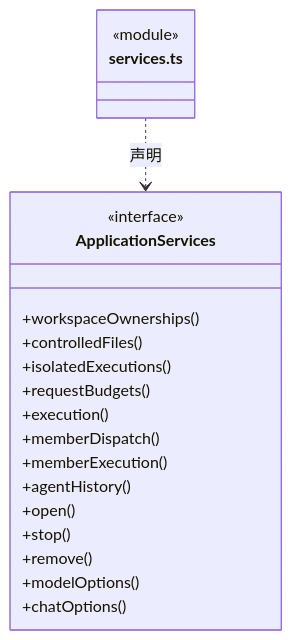
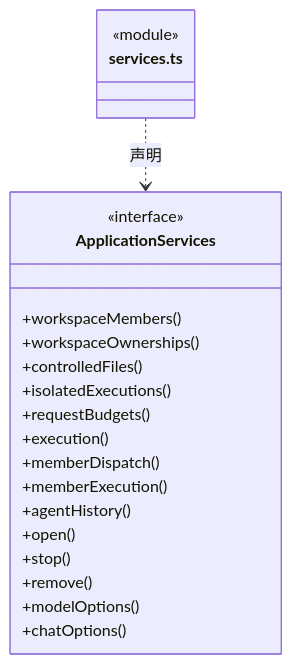
Before and after one commit to nan023062/cbim: the third of 4 diagrams in src/backend/main/ipc/ARCHITECTURE.md, drawn with Mermaid. The commit also changed other lines of this file and 118 other files, not shown here.

````diff
--- a/src/backend/main/ipc/ARCHITECTURE.md
+++ b/src/backend/main/ipc/ARCHITECTURE.md
@@ -63,23 +63,24 @@
 ```mermaid
 classDiagram
 class N_src_backend_main_ipc_services_ts["services.ts"] {
   <<module>>
 }
 class N_src_backend_main_ipc_services_ts_ApplicationServices["ApplicationServices"] {
   <<interface>>
+  +workspaceMembers()
   +workspaceOwnerships()
   +controlledFiles()
   +isolatedExecutions()
   +requestBudgets()
   +execution()
   +memberDispatch()
   +memberExecution()
   +agentHistory()
   +open()
   +stop()
   +remove()
   +modelOptions()
   +chatOptions()
 }
 N_src_backend_main_ipc_services_ts ..> N_src_backend_main_ipc_services_ts_ApplicationServices : 声明
 ```
````
